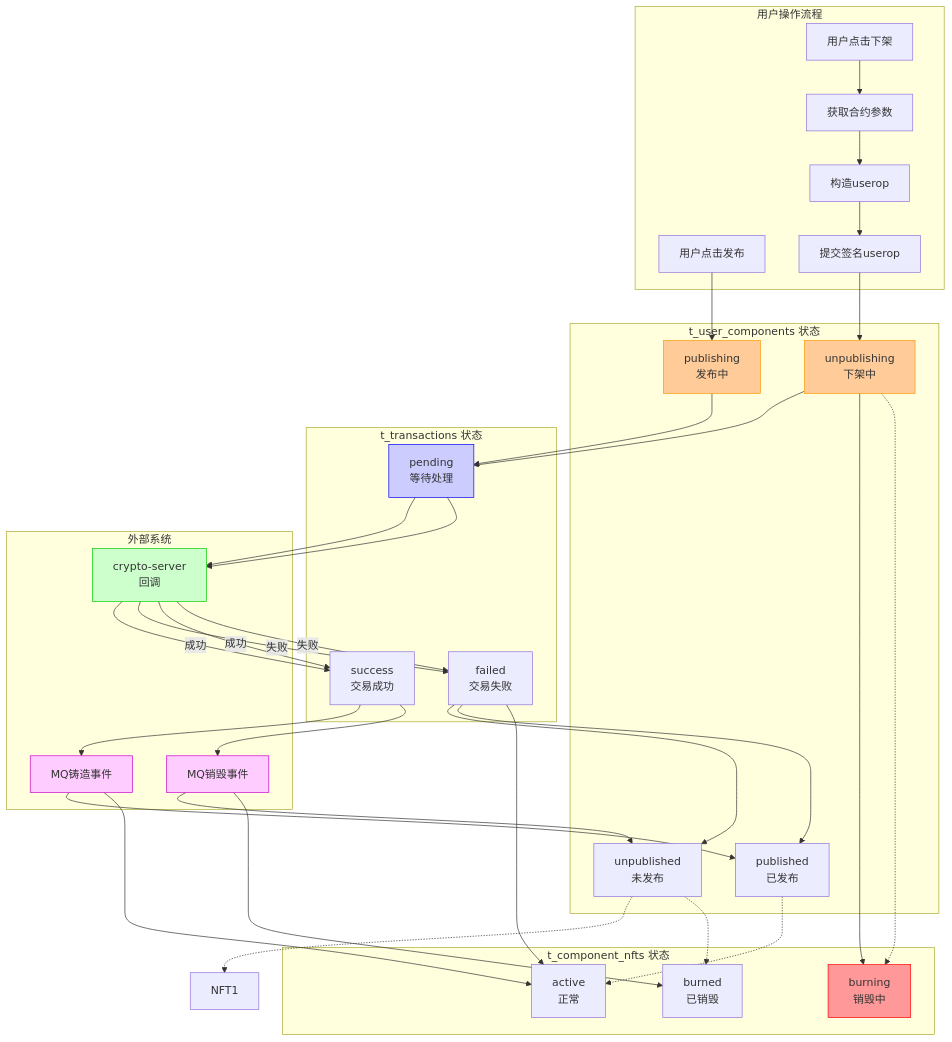
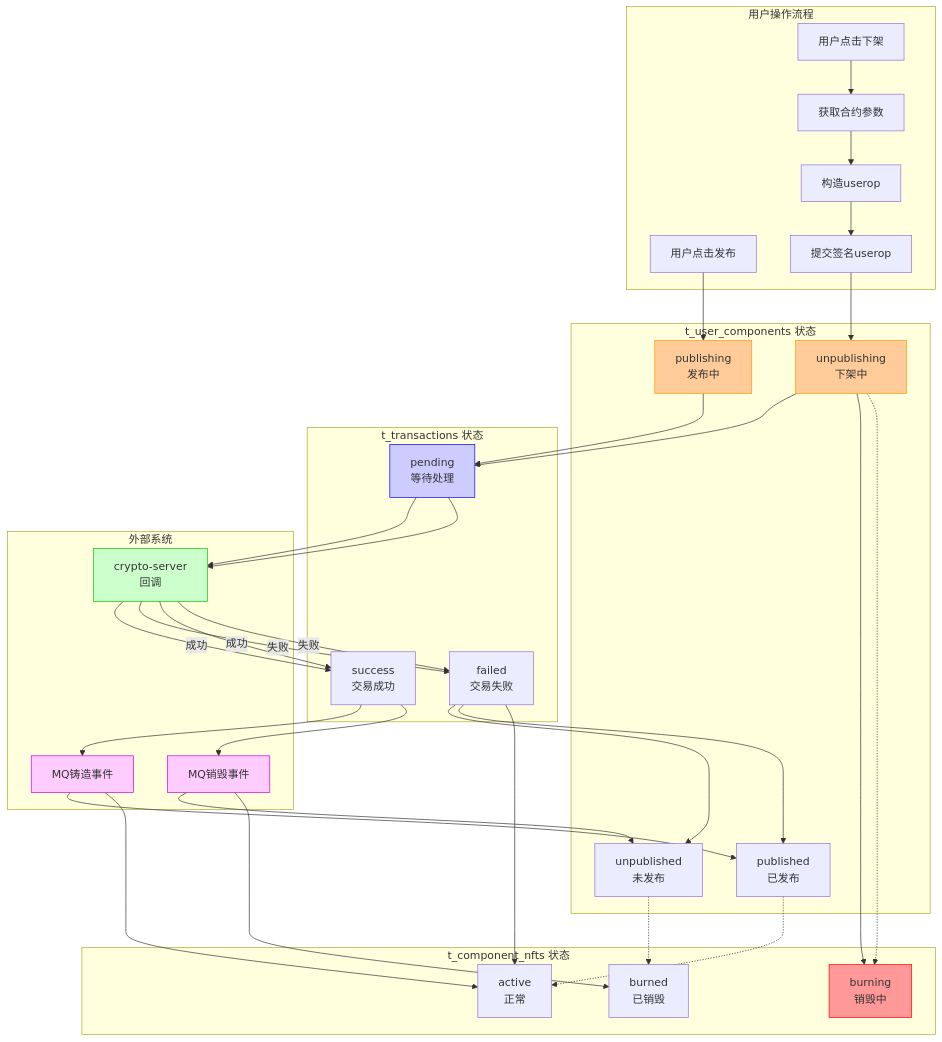
Before and after one commit to yingjianzh/iodraw-files: the diagram in all/未命名-77.md, drawn with Mermaid.

Commit message:
2025-07-08 11:34:19 update

````diff
--- a/all/未命名-77.md
+++ b/all/未命名-77.md
@@ -1,77 +1,77 @@
 ```mermaid
 graph TB
     subgraph "用户操作流程"
         U1[用户点击发布]
         U2[用户点击下架]
         U3[获取合约参数]
         U4[构造userop]
         U5[提交签名userop]
     end
     
     subgraph "t_user_components 状态"
         UC1[unpublished<br/>未发布]
         UC2[publishing<br/>发布中]
         UC3[published<br/>已发布]
         UC4[unpublishing<br/>下架中]
     end
     
     subgraph "t_component_nfts 状态"
         NFT2[active<br/>正常]
         NFT3[burning<br/>销毁中]
         NFT4[burned<br/>已销毁]
     end
     
     subgraph "t_transactions 状态"
         TX1[pending<br/>等待处理]
         TX2[success<br/>交易成功]
         TX3[failed<br/>交易失败]
     end
     
     subgraph "外部系统"
         CS[crypto-server<br/>回调]
         MQ1[MQ铸造事件]
         MQ2[MQ销毁事件]
     end
     
     %% 发布流程
     U1 --> UC2
     UC2 --> TX1
     TX1 --> CS
     CS --> |成功| TX2
     CS --> |失败| TX3
     TX2 --> MQ1
     MQ1 --> UC3
     MQ1 --> NFT2
     TX3 --> UC1
     
     %% 下架流程
     U2 --> U3
     U3 --> U4
     U4 --> U5
     U5 --> UC4
     UC4 --> TX1
     UC4 --> NFT3
     TX1 --> CS
     CS --> |成功| TX2
     CS --> |失败| TX3
     TX2 --> MQ2
     MQ2 --> UC1
     MQ2 --> NFT4
     TX3 --> UC3
     TX3 --> NFT2
     
     %% 状态对应关系
-    UC1 -.-> NFT1
+    
     UC3 -.-> NFT2
     UC4 -.-> NFT3
     UC1 -.-> NFT4
     
     %% 样式
     style UC2 fill:#ffcc99,stroke:#ff9900
     style UC4 fill:#ffcc99,stroke:#ff9900
     style NFT3 fill:#ff9999,stroke:#ff0000
     style TX1 fill:#ccccff,stroke:#0000ff
     style CS fill:#ccffcc,stroke:#00cc00
     style MQ1 fill:#ffccff,stroke:#cc00cc
     style MQ2 fill:#ffccff,stroke:#cc00cc
 ```
````
